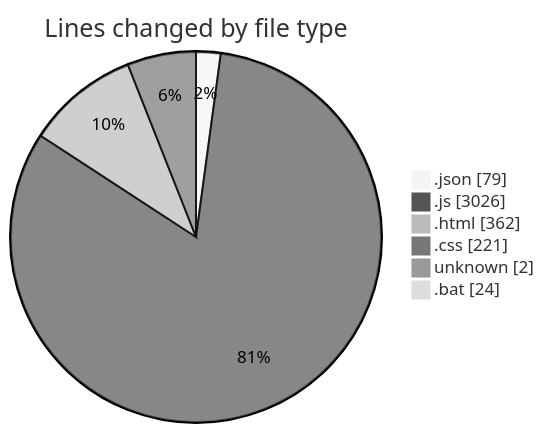
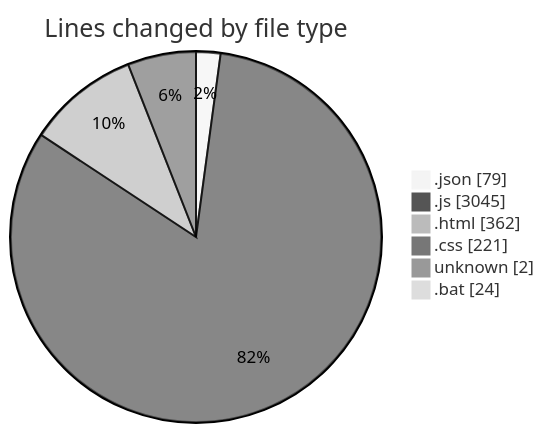
The first of 2 diagrams in 2025-08-03/boz-rat/README.md (lephambinh05/code-tracking), drawn with Mermaid (neutral theme) before and after one commit. The commit also changed other lines of this file and 1 other file, not shown here.

````diff
--- a/2025-08-03/boz-rat/README.md
+++ b/2025-08-03/boz-rat/README.md
@@ -36,10 +36,10 @@
 ```mermaid
 pie showData
 title Lines changed by file type
 ".json" : 79
-".js" : 3026
+".js" : 3045
 ".html" : 362
 ".css" : 221
 "unknown" : 2
 ".bat" : 24
 ```
````
